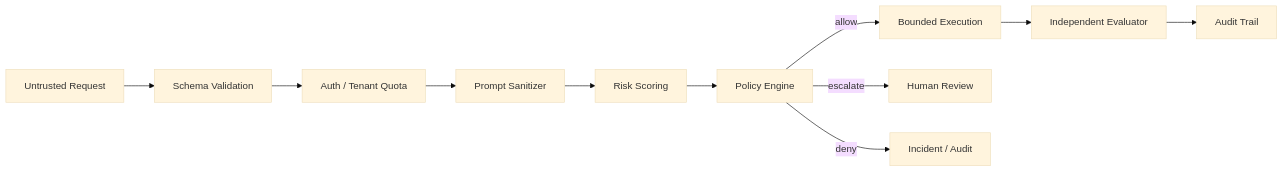
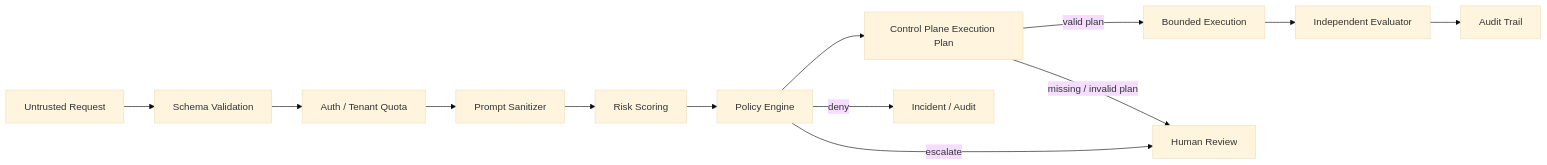
One commit to leo459028/RewardHacking changed the diagram in docs/security.md. Above: the diagram before and after it, drawn with Mermaid (base theme). The commit also changed other lines of this file and 32 other files, not shown here.

Commit message:
v1.2-add-control-plane

````diff
--- a/docs/security.md
+++ b/docs/security.md
@@ -19,13 +19,15 @@
 ```mermaid
 flowchart LR
   A["Untrusted Request"] --> B["Schema Validation"]
   B --> T["Auth / Tenant Quota"]
   T --> C["Prompt Sanitizer"]
   C --> D["Risk Scoring"]
   D --> E["Policy Engine"]
-  E -->|allow| F["Bounded Execution"]
+  E --> P["Control Plane Execution Plan"]
+  P -->|valid plan| F["Bounded Execution"]
+  P -->|missing / invalid plan| H
   E -->|escalate| H["Human Review"]
   E -->|deny| I["Incident / Audit"]
   F --> G["Independent Evaluator"]
   G --> J["Audit Trail"]
 ```
````
